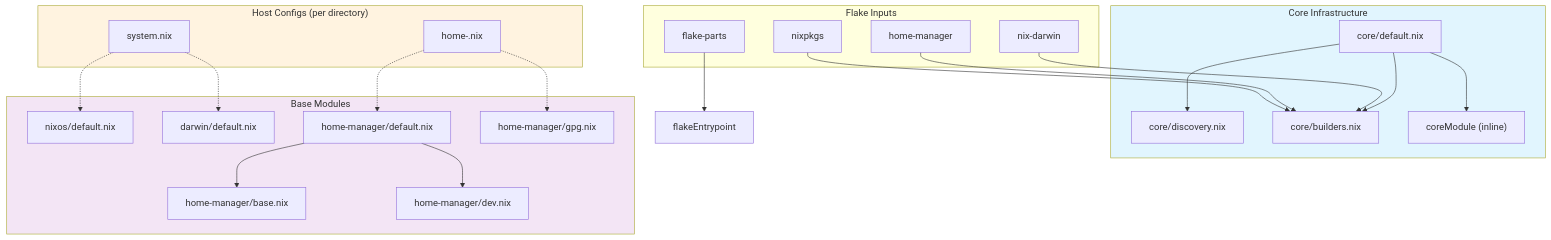
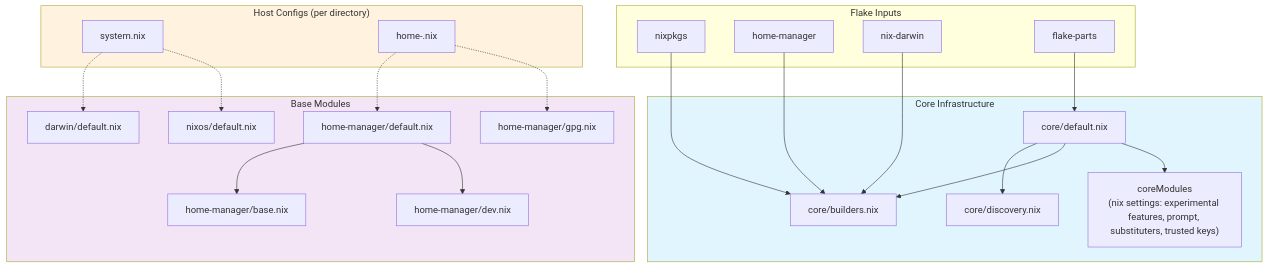
Before and after one commit to WombatFromHell/automatic-palm-tree: the first of 6 diagrams in DESIGN.md, drawn with Mermaid. The commit also changed other lines of this file and 14 other files, not shown here.

````diff
--- a/DESIGN.md
+++ b/DESIGN.md
@@ -7,51 +7,51 @@
 ```mermaid
 graph TB
     subgraph Inputs ["Flake Inputs"]
         nixpkgs["nixpkgs"]
         hm["home-manager"]
         darwin["nix-darwin"]
         fp["flake-parts"]
     end
 
     subgraph Core ["Core Infrastructure"]
         coreDef["core/default.nix"]
         disc["core/discovery.nix"]
         build["core/builders.nix"]
-        coreMod["coreModule (inline)"]
+        coreMod["coreModules\n(nix settings: experimental features, prompt, substituters, trusted keys)"]
     end
 
     subgraph BaseM["Base Modules"]
         nixosMod["nixos/default.nix"]
         darwinMod["darwin/default.nix"]
         hmDef["home-manager/default.nix"]
         hmBase["home-manager/base.nix"]
         hmDev["home-manager/dev.nix"]
         hmGpg["home-manager/gpg.nix"]
     end
 
     subgraph Hosts ["Host Configs (per directory)"]
         sysNix["system.nix"]
         homeNix["home-<user>.nix"]
     end
 
     nixpkgs --> build
     hm --> build
     darwin --> build
-    fp --> flakeEntrypoint
+    fp --> coreDef
 
     coreDef --> disc
     coreDef --> build
     coreDef --> coreMod
 
     hmDef --> hmBase
     hmDef --> hmDev
 
     sysNix -.-> darwinMod
     sysNix -.-> nixosMod
     homeNix -.-> hmDef
     homeNix -.-> hmGpg
 
     style Core fill:#e1f5fe
     style BaseM fill:#f3e5f5
     style Hosts fill:#fff3e0
 ```
````
